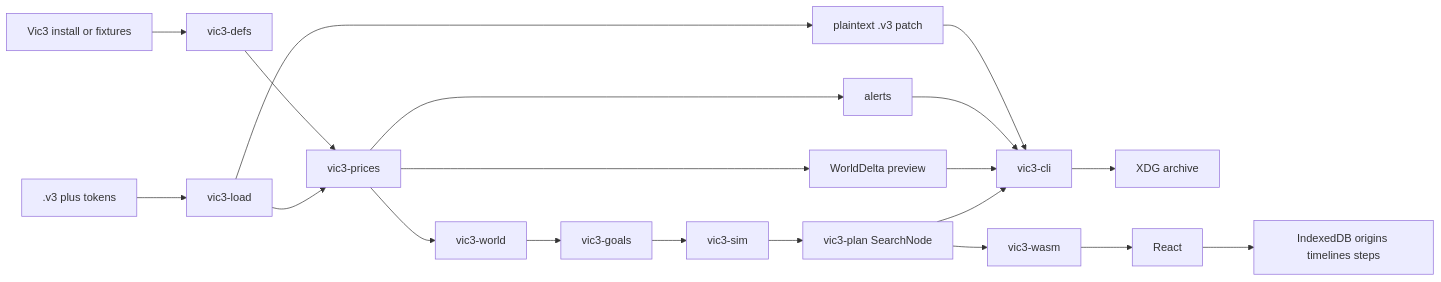
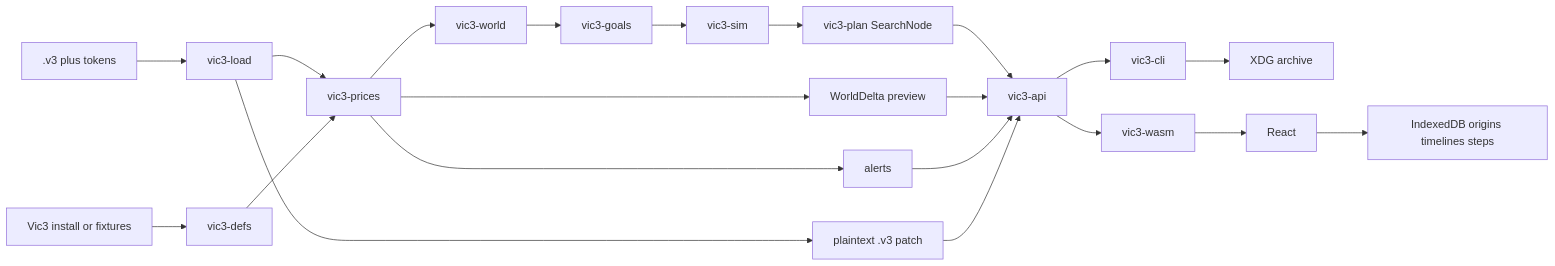
Before and after one commit to jmalicki/vic3-analyzer: the diagram in docs/architecture.md, drawn with Mermaid. The commit also changed other lines of this file and 8 other files, not shown here.

First line of the commit message:
Extract transport-free analysis API into vic3-api.

````diff
--- a/docs/architecture.md
+++ b/docs/architecture.md
@@ -32,22 +33,23 @@
 ```mermaid
 flowchart LR
   save[".v3 plus tokens"] --> load[vic3-load]
   game[Vic3 install or fixtures] --> defs[vic3-defs]
   load --> prices[vic3-prices]
   defs --> prices
   prices --> alerts[alerts]
   prices --> preview[WorldDelta preview]
   prices --> world[vic3-world]
   world --> goals[vic3-goals]
   goals --> sim[vic3-sim]
   sim --> plan[vic3-plan SearchNode]
-  plan --> cli[vic3-cli]
-  plan --> wasm[vic3-wasm]
-  preview --> cli
-  alerts --> cli
+  plan --> api[vic3-api]
+  preview --> api
+  alerts --> api
   load --> export[plaintext .v3 patch]
-  export --> cli
+  export --> api
+  api --> cli[vic3-cli]
+  api --> wasm[vic3-wasm]
   cli --> xdg[XDG archive]
   wasm --> ui[React]
   ui --> idb[IndexedDB origins timelines steps]
 ```
````
